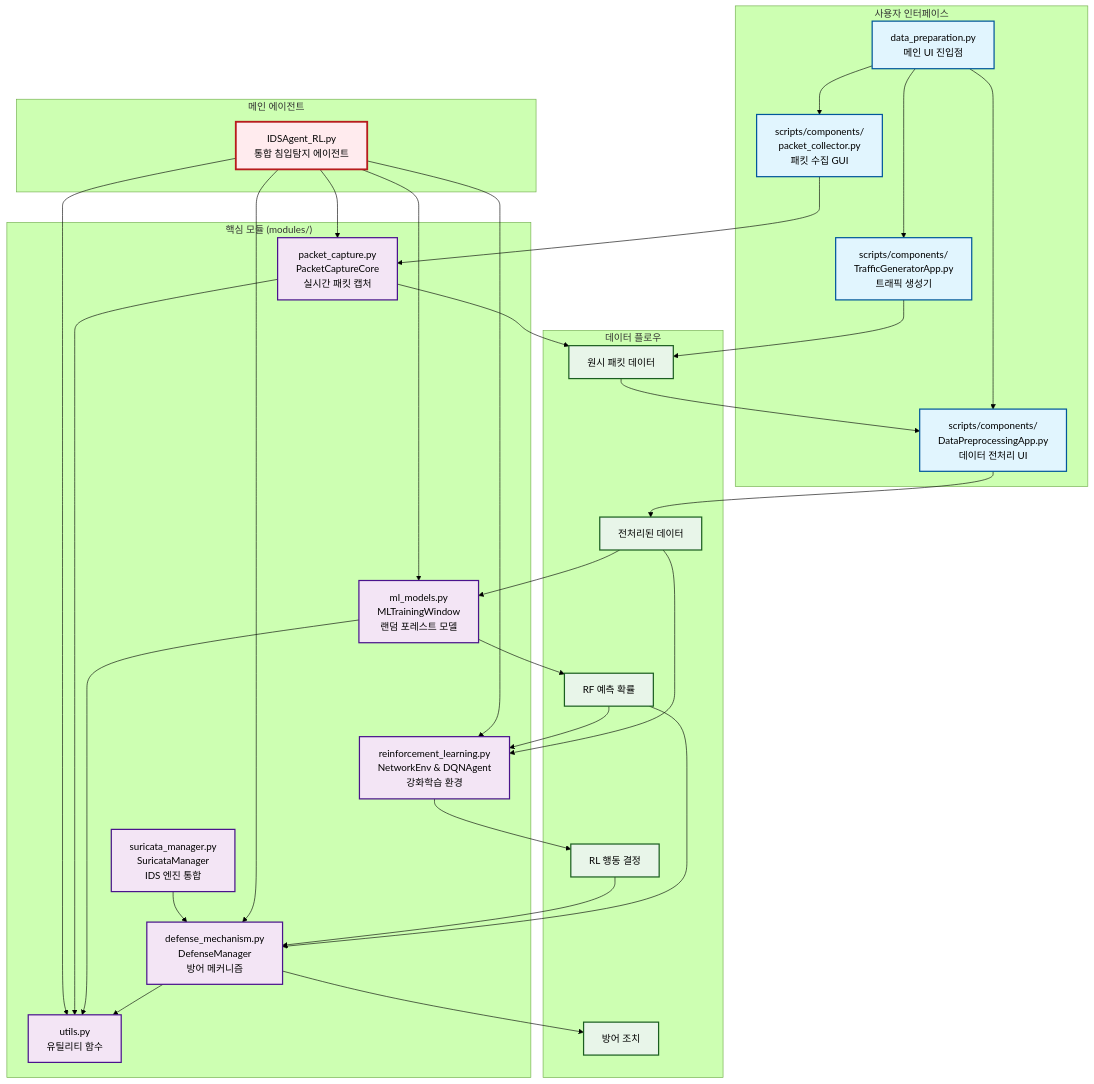
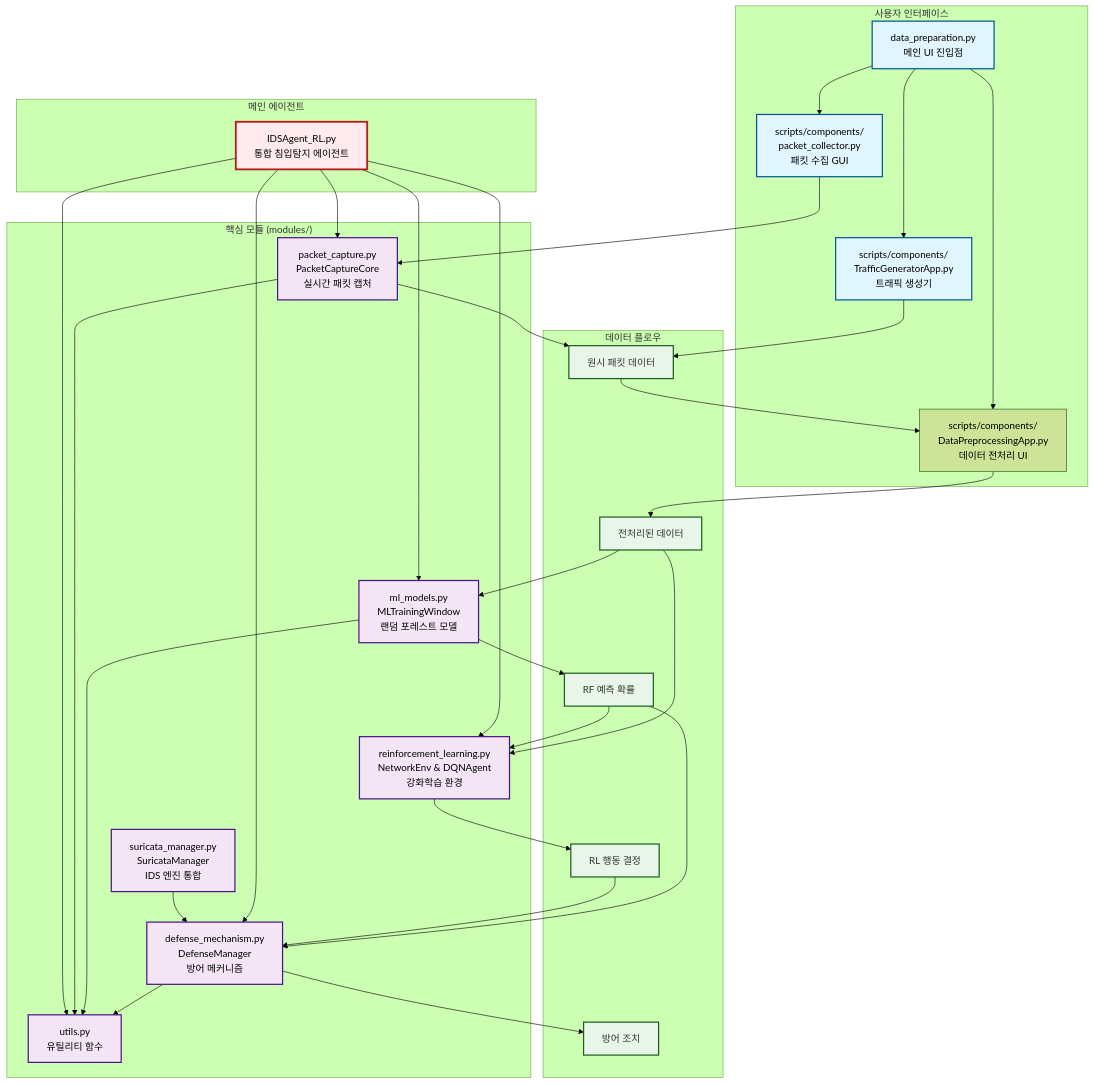
Before and after one commit to Es5724/Intrusion_DetectionSystem: the third of 5 diagrams in README.md, drawn with Mermaid (forest theme). The commit also changed other lines of this file, not shown here.

````diff
--- a/README.md
+++ b/README.md
@@ -281,81 +303,81 @@
 ```mermaid
 flowchart TB
     subgraph UI["사용자 인터페이스"]
         main_ui["data_preparation.py<br/>메인 UI 진입점"]
         packet_collector["scripts/components/<br/>packet_collector.py<br/>패킷 수집 GUI"]
         traffic_gen["scripts/components/<br/>TrafficGeneratorApp.py<br/>트래픽 생성기"]
         preprocess["scripts/components/<br/>DataPreprocessingApp.py<br/>데이터 전처리 UI"]
     end
 
     subgraph Core["핵심 모듈 (modules/)"]
         packet_capture["packet_capture.py<br/>PacketCaptureCore<br/>실시간 패킷 캡처"]
         ml_models["ml_models.py<br/>MLTrainingWindow<br/>랜덤 포레스트 모델"]
         rl_module["reinforcement_learning.py<br/>NetworkEnv & DQNAgent<br/>강화학습 환경"]
         defense["defense_mechanism.py<br/>DefenseManager<br/>방어 메커니즘"]
         suricata["suricata_manager.py<br/>SuricataManager<br/>IDS 엔진 통합"]
         utils["utils.py<br/>유틸리티 함수"]
     end
 
     subgraph Agent["메인 에이전트"]
         ids_agent["IDSAgent_RL.py<br/>통합 침입탐지 에이전트"]
     end
 
     subgraph DataFlow["데이터 플로우"]
         raw_packets["원시 패킷 데이터"]
         processed_data["전처리된 데이터"]
         rf_predictions["RF 예측 확률"]
         rl_actions["RL 행동 결정"]
         defense_actions["방어 조치"]
     end
 
     %% UI 연결
     main_ui --> packet_collector
     main_ui --> traffic_gen
     main_ui --> preprocess
 
     %% 데이터 수집 플로우
     packet_collector --> packet_capture
     traffic_gen --> raw_packets
     packet_capture --> raw_packets
 
     %% 데이터 처리 플로우
     raw_packets --> preprocess
     preprocess --> processed_data
 
     %% ML 플로우
     processed_data --> ml_models
     ml_models --> rf_predictions
 
     %% RL 플로우
     rf_predictions --> rl_module
     processed_data --> rl_module
     rl_module --> rl_actions
 
     %% 방어 메커니즘 플로우
     rl_actions --> defense
     rf_predictions --> defense
     suricata --> defense
     defense --> defense_actions
 
     %% 메인 에이전트 통합
     ids_agent --> packet_capture
     ids_agent --> ml_models
     ids_agent --> rl_module
     ids_agent --> defense
     ids_agent --> utils
 
     %% 유틸리티 사용
     packet_capture --> utils
     ml_models --> utils
     defense --> utils
 
     classDef uiClass fill:#e1f5fe,stroke:#01579b,stroke-width:2px;
     classDef coreClass fill:#f3e5f5,stroke:#4a148c,stroke-width:2px;
     classDef agentClass fill:#ffebee,stroke:#b71c1c,stroke-width:3px;
-    classDef dataClass fill:#e8f5e9,stroke:#1b5e20,stroke-width:2px;
+    classDef dataClass fill:#e8f5e9,stroke:#1b5e20,stroke-width:2px,color:#333;
     
-    class main_ui,packet_collector,traffic_gen,preprocess uiClass;
+    class main_ui,packet_collector,traffic_gen,preprocess_app uiClass;
     class packet_capture,ml_models,rl_module,defense,suricata,utils coreClass;
     class ids_agent agentClass;
     class raw_packets,processed_data,rf_predictions,rl_actions,defense_actions dataClass;
 ```
````
